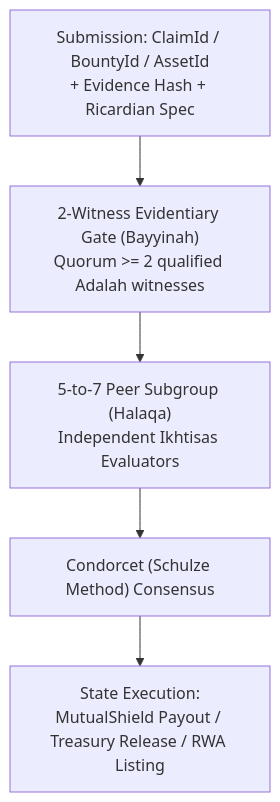
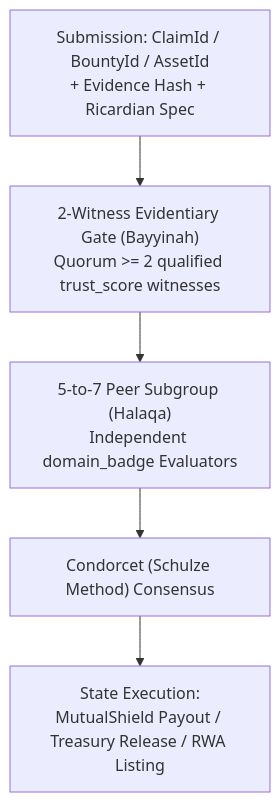
The diagram in packages/user/Guilds/README.md (tseyt/muabase), drawn with Mermaid before and after one commit. The commit also changed other lines of this file and 6 other files, not shown here.

````diff
--- a/packages/user/Guilds/README.md
+++ b/packages/user/Guilds/README.md
@@ -16,13 +16,13 @@
 ```mermaid
 graph TD
     Submission["Submission: ClaimId / BountyId / AssetId\n+ Evidence Hash + Ricardian Spec"]
-    Witnesses["2-Witness Evidentiary Gate (Bayyinah)\nQuorum >= 2 qualified Adalah witnesses"]
-    Halaqa["5-to-7 Peer Subgroup (Halaqa)\nIndependent Ikhtisas Evaluators"]
+    Witnesses["2-Witness Evidentiary Gate (Bayyinah)\nQuorum >= 2 qualified trust_score witnesses"]
+    Halaqa["5-to-7 Peer Subgroup (Halaqa)\nIndependent domain_badge Evaluators"]
     Condorcet["Condorcet (Schulze Method) Consensus"]
     Execution["State Execution:\nMutualShield Payout / Treasury Release / RWA Listing"]
 
     Submission --> Witnesses
     Witnesses --> Halaqa
     Halaqa --> Condorcet
     Condorcet --> Execution
 ```
````
